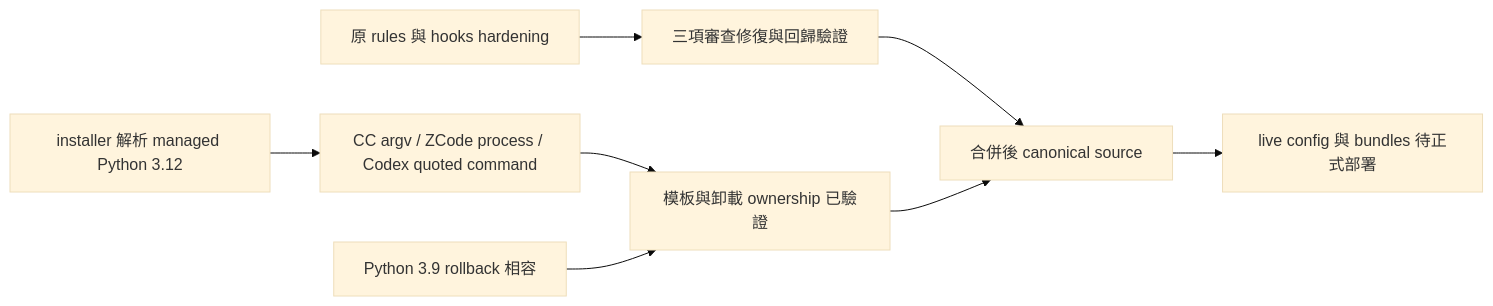
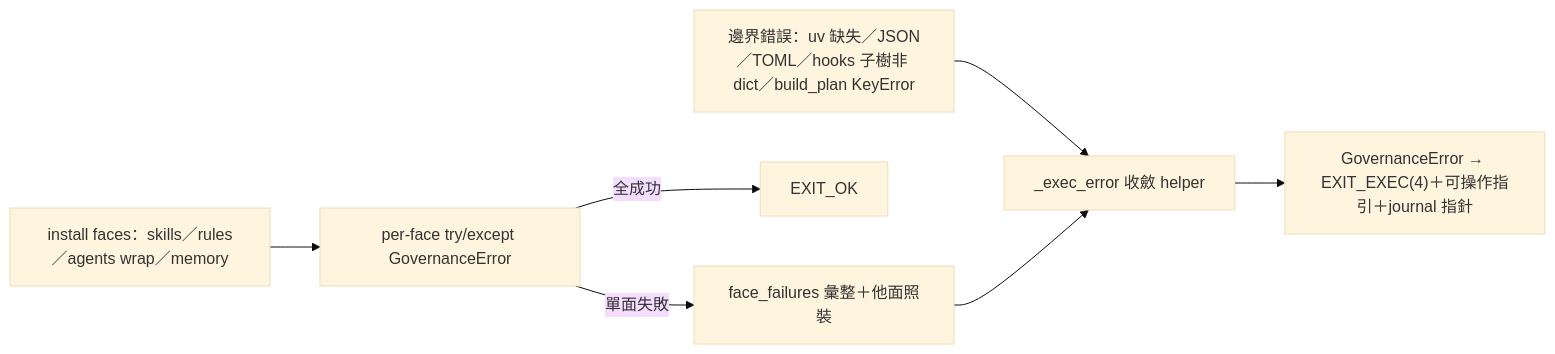
The second of 2 diagrams in backlog/tasks/air-174 - 治理-hooks-統一到-Python-3.12-runtime.md (ChiahungTai/ai-guide), drawn with Mermaid (base theme) before and after one commit. The commit also changed other lines of this file and 1 other file, not shown here.

Commit message:
chore(backlog): AIR-174 結案 Done——批次二 F1/F2 收斂＋AIR-177 judge 收斂 notes (air-174)
AUTH: 結案③特赦——precheck 綠；user said 可以開兩線，就做吧

````diff
--- a/backlog/tasks/air-174 - 治理-hooks-統一到-Python-3.12-runtime.md
+++ b/backlog/tasks/air-174 - 治理-hooks-統一到-Python-3.12-runtime.md
@@ -70,10 +72,9 @@
 ```mermaid
 flowchart LR
-  A["原 rules 與 hooks hardening"] --> B["三項審查修復與回歸驗證"]
-  B --> C["合併後 canonical source"]
-  D["installer 解析 managed Python 3.12"] --> E["CC argv / ZCode process / Codex quoted command"]
-  E --> F["模板與卸載 ownership 已驗證"]
-  F --> C
-  C --> G["live config 與 bundles 待正式部署"]
-  H["Python 3.9 rollback 相容"] --> F
+  F["install faces：skills／rules／agents wrap／memory"] --> G["per-face try/except GovernanceError"]
+  G -->|單面失敗| H["face_failures 彙整＋他面照裝"]
+  G -->|全成功| OK["EXIT_OK"]
+  E["邊界錯誤：uv 缺失／JSON／TOML／hooks 子樹非 dict／build_plan KeyError"] --> X["_exec_error 收斂 helper"]
+  H --> X
+  X --> C["GovernanceError → EXIT_EXEC(4)＋可操作指引＋journal 指針"]
 ```
````
